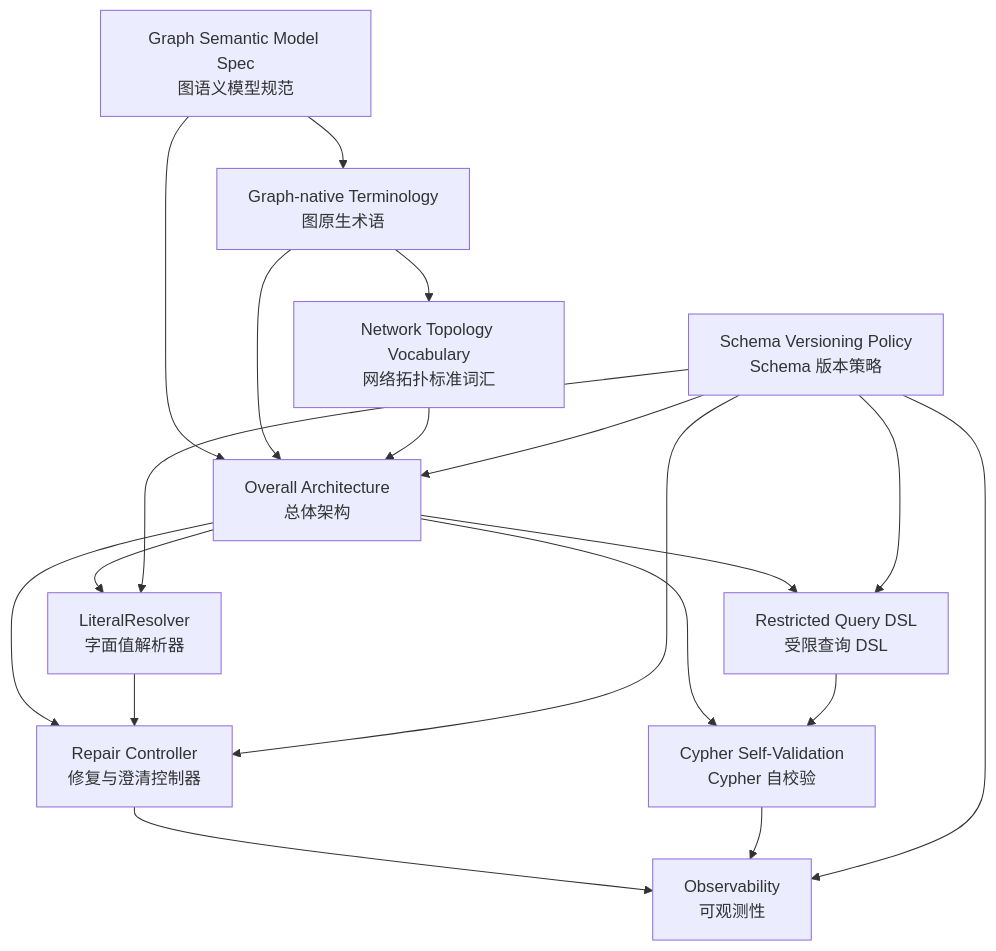
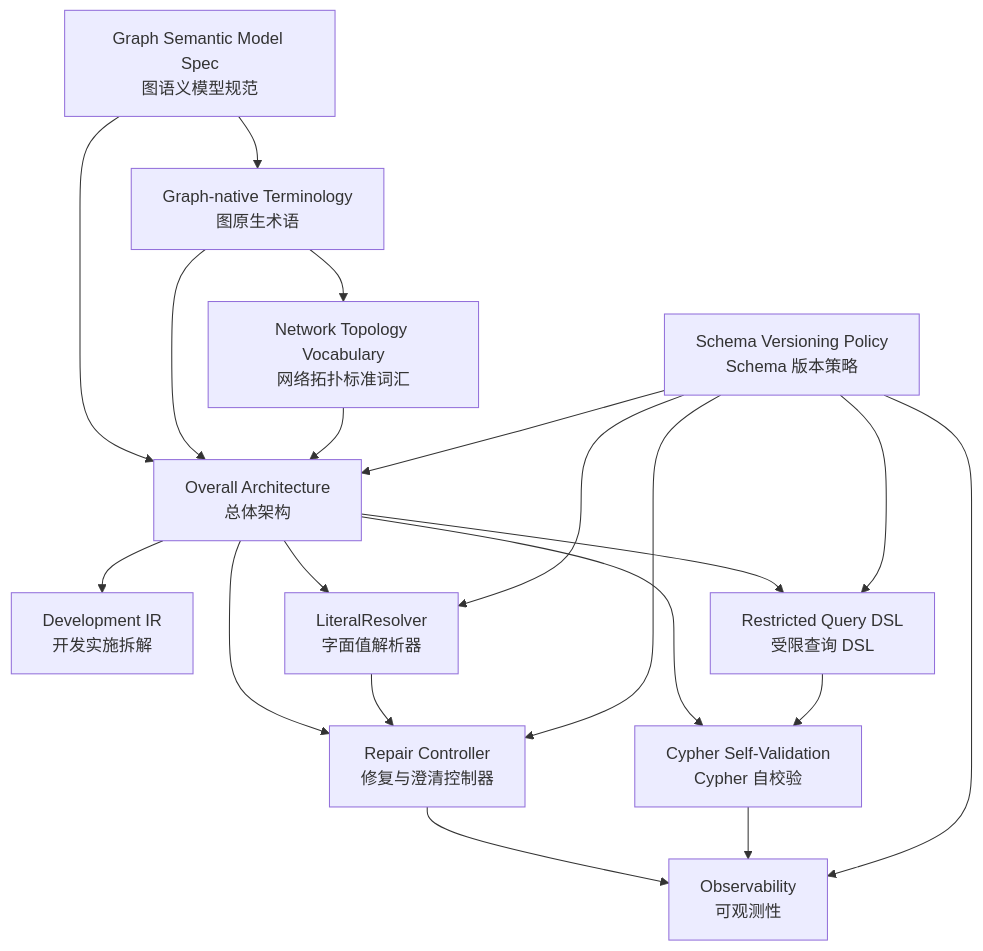
One commit to mangow0527/NL2Cypher changed the diagram in docs/superpowers/specs/graph-cypher-generation/README.md. Above: the diagram before and after it, drawn with Mermaid. The commit also changed other lines of this file and 1 other file, not shown here.

Commit message:
docs: add graph Cypher development IR

````diff
--- a/docs/superpowers/specs/graph-cypher-generation/README.md
+++ b/docs/superpowers/specs/graph-cypher-generation/README.md
@@ -21,21 +22,22 @@
 ```mermaid
 flowchart TD
   A["Graph Semantic Model Spec<br/>图语义模型规范"] --> B["Graph-native Terminology<br/>图原生术语"]
   B --> C["Network Topology Vocabulary<br/>网络拓扑标准词汇"]
   A --> D["Overall Architecture<br/>总体架构"]
   B --> D
   C --> D
+  D --> K["Development IR<br/>开发实施拆解"]
   D --> E["Restricted Query DSL<br/>受限查询 DSL"]
   D --> F["LiteralResolver<br/>字面值解析器"]
   D --> G["Repair Controller<br/>修复与澄清控制器"]
   D --> H["Cypher Self-Validation<br/>Cypher 自校验"]
   E --> H
   F --> G
   G --> I["Observability<br/>可观测性"]
   H --> I
   J["Schema Versioning Policy<br/>Schema 版本策略"] --> D
   J --> E
   J --> F
   J --> G
   J --> I
 ```
````
